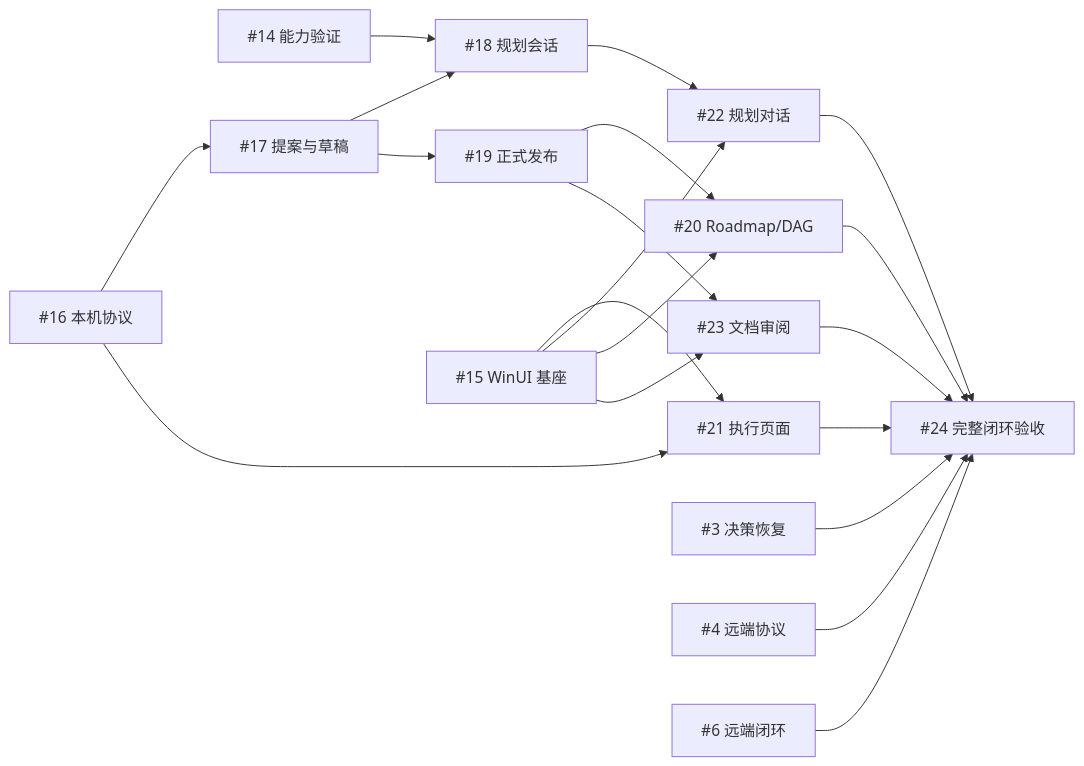
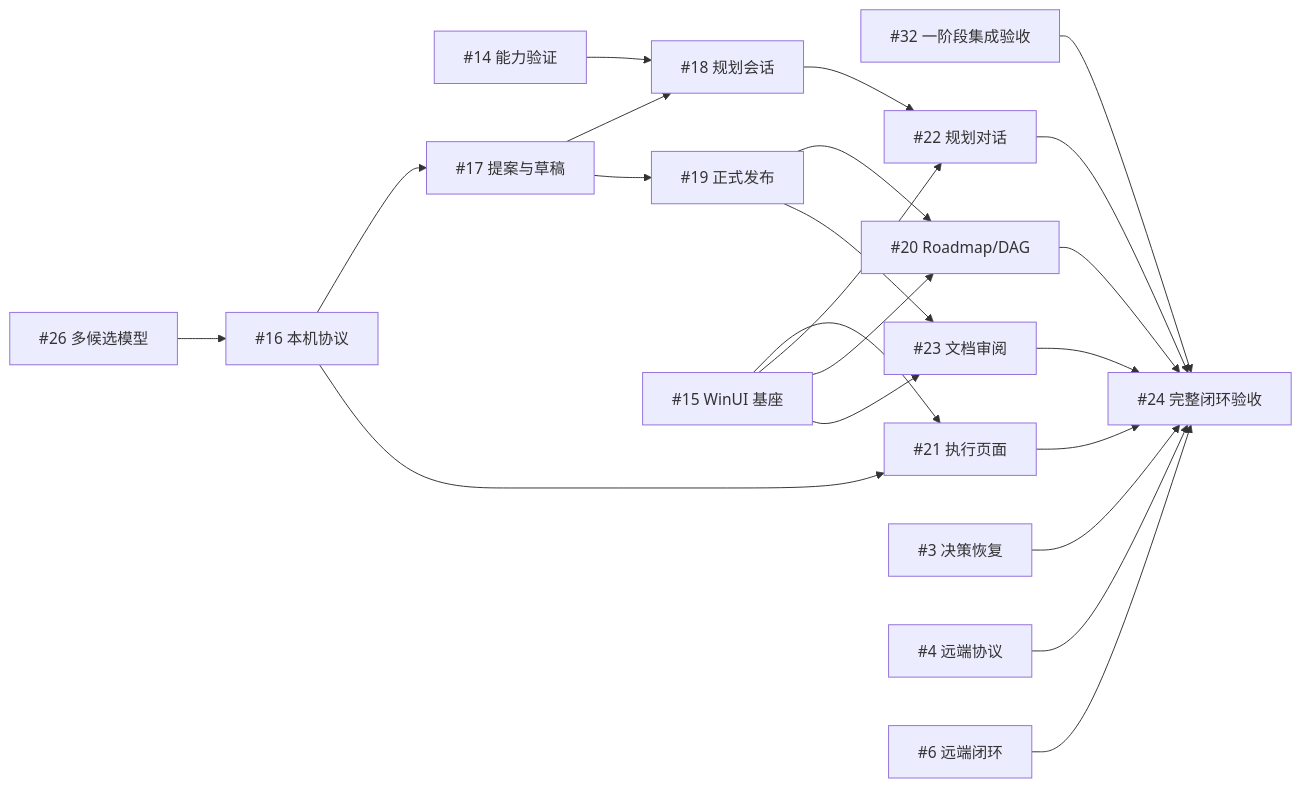
Before and after one commit to erranliu/SteerLine: the second of 2 diagrams in docs/roadmap/execution-map.md, drawn with Mermaid. The commit also changed other lines of this file and 29 other files, not shown here.

````diff
--- a/docs/roadmap/execution-map.md
+++ b/docs/roadmap/execution-map.md
@@ -89,22 +89,24 @@
 ```mermaid
 flowchart LR
     T14["#14 能力验证"] --> T18["#18 规划会话"]
+    T26["#26 多候选模型"] --> T16["#16 本机协议"]
+    T32["#32 一阶段集成验收"] --> T24["#24 完整闭环验收"]
     T16["#16 本机协议"] --> T17["#17 提案与草稿"]
     T17 --> T18
     T17 --> T19["#19 正式发布"]
     T15["#15 WinUI 基座"] --> T21["#21 执行页面"]
     T16 --> T21
     T15 --> T22["#22 规划对话"]
     T18 --> T22
     T15 --> T20["#20 Roadmap/DAG"]
     T19 --> T20
     T15 --> T23["#23 文档审阅"]
     T19 --> T23
     T20 --> T24["#24 完整闭环验收"]
     T21 --> T24
     T22 --> T24
     T23 --> T24
     T3["#3 决策恢复"] --> T24
     T4["#4 远端协议"] --> T24
     T6["#6 远端闭环"] --> T24
 ```
````
